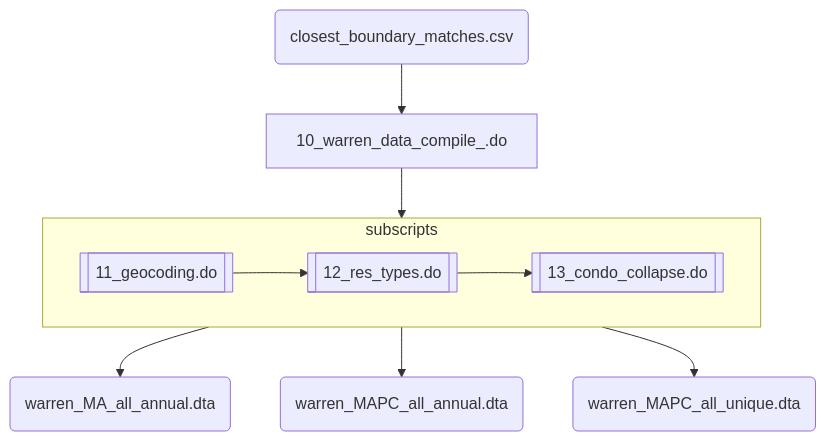
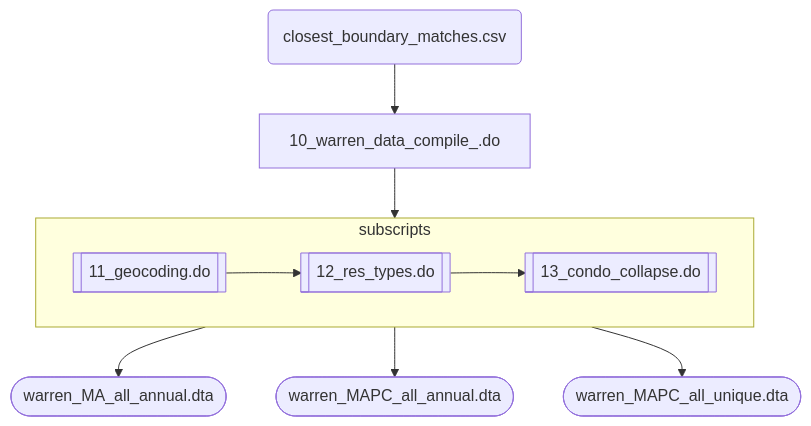
One commit to nchiumenti/boston_zoning changed the second of 6 diagrams in code/data_setup/README.md. Above: the diagram before and after it, drawn with Mermaid. The commit also changed other lines of this file, not shown here.

````diff
--- a/code/data_setup/README.md
+++ b/code/data_setup/README.md
@@ -59,22 +59,22 @@
 ```mermaid
 flowchart TD
 
   d0(closest_boundary_matches.csv)
   f0[10_warren_data_compile_.do];
   f1@{ shape: subproc, label: 11_geocoding.do}
   f2@{ shape: subproc, label: "12_res_types.do" }
   f3@{ shape: subproc, label: "13_condo_collapse.do" }
 
   subgraph subscripts;
     f1-->f2-->f3;
   end
 
-  d2(warren_MA_all_annual.dta);
-  d3(warren_MAPC_all_annual.dta);
-  d4(warren_MAPC_all_unique.dta);
+  d2([warren_MA_all_annual.dta]);
+  d3([warren_MAPC_all_annual.dta]);
+  d4([warren_MAPC_all_unique.dta]);
 
   d0 --> f0 --> subscripts
   subscripts --> d2
   subscripts --> d3
   subscripts --> d4
 ```
````
